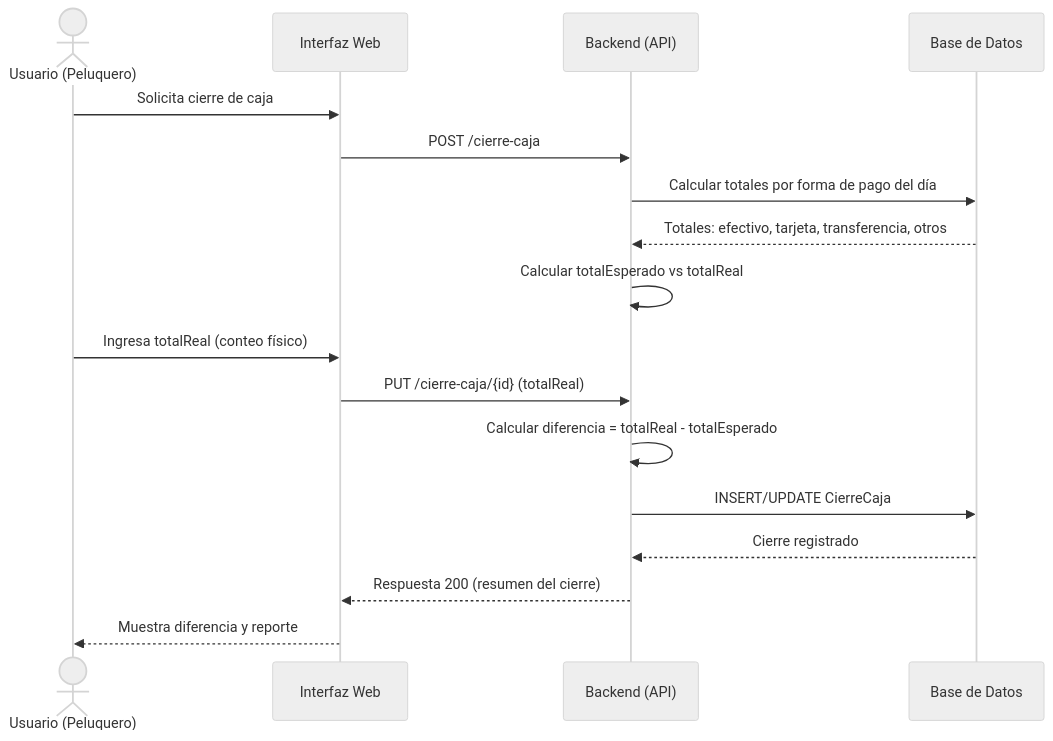
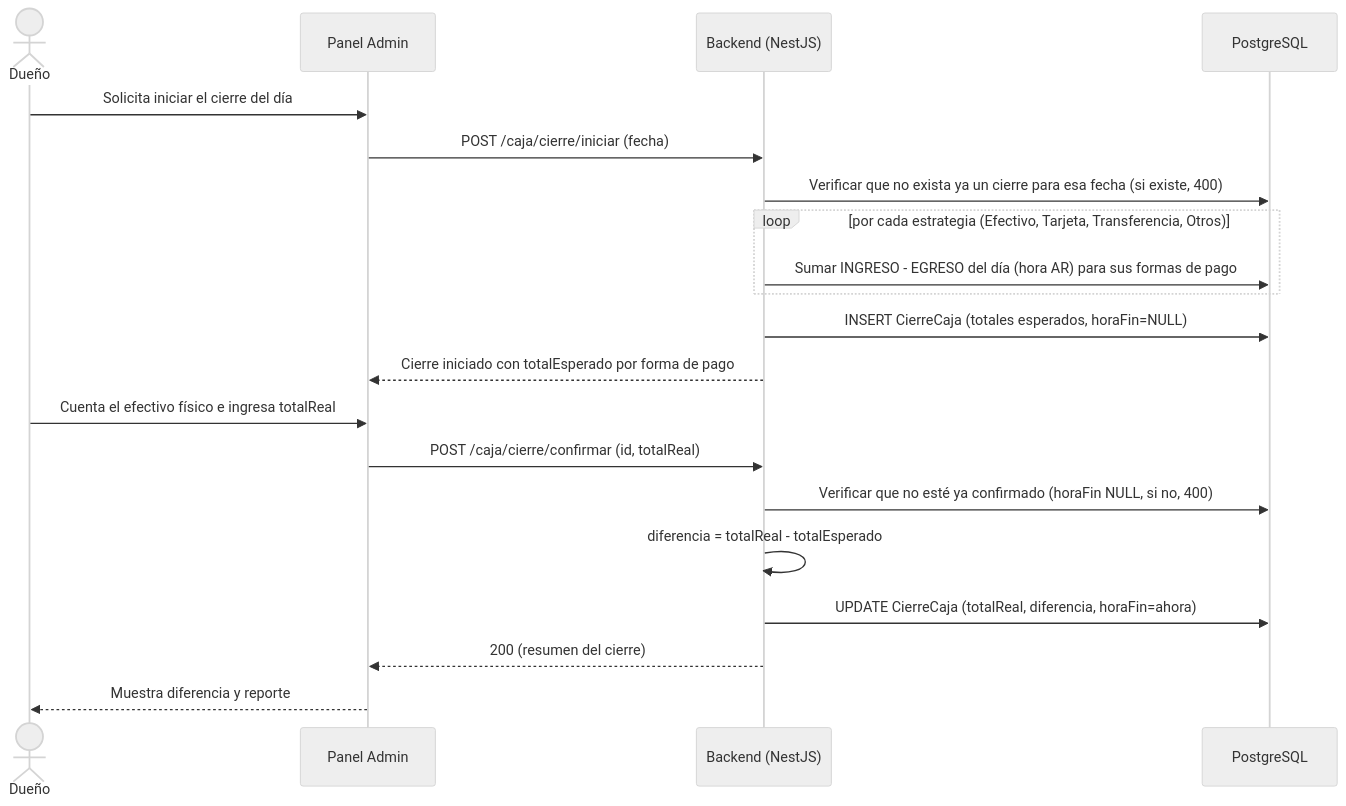
One commit to Lean-98/generic-barber changed the seventh of 13 diagrams in diagramas-arquitectura-software/diagramas-procesos.md. Above: the diagram before and after it, drawn with Mermaid (neutral theme). The commit also changed other lines of this file and 9 other files, not shown here.

````diff
--- a/diagramas-arquitectura-software/diagramas-procesos.md
+++ b/diagramas-arquitectura-software/diagramas-procesos.md
@@ -81,20 +213,23 @@
 ```mermaid
 sequenceDiagram
-    actor Usuario as Usuario (Peluquero)
-    participant UI as Interfaz Web
-    participant API as Backend (API)
-    participant DB as Base de Datos
+    actor Dueño
+    participant UI as Panel Admin
+    participant API as Backend (NestJS)
+    participant DB as PostgreSQL
 
-    Usuario->>UI: Solicita cierre de caja
-    UI->>API: POST /cierre-caja
-    API->>DB: Calcular totales por forma de pago del día
-    DB-->>API: Totales: efectivo, tarjeta, transferencia, otros
-    API->>API: Calcular totalEsperado vs totalReal
-    Usuario->>UI: Ingresa totalReal (conteo físico)
-    UI->>API: PUT /cierre-caja/{id} (totalReal)
-    API->>API: Calcular diferencia = totalReal - totalEsperado
-    API->>DB: INSERT/UPDATE CierreCaja
-    DB-->>API: Cierre registrado
-    API-->>UI: Respuesta 200 (resumen del cierre)
-    UI-->>Usuario: Muestra diferencia y reporte
+    Dueño->>UI: Solicita iniciar el cierre del día
+    UI->>API: POST /caja/cierre/iniciar (fecha)
+    API->>DB: Verificar que no exista ya un cierre para esa fecha (si existe, 400)
+    loop por cada estrategia (Efectivo, Tarjeta, Transferencia, Otros)
+        API->>DB: Sumar INGRESO - EGRESO del día (hora AR) para sus formas de pago
+    end
+    API->>DB: INSERT CierreCaja (totales esperados, horaFin=NULL)
+    API-->>UI: Cierre iniciado con totalEsperado por forma de pago
+    Dueño->>UI: Cuenta el efectivo físico e ingresa totalReal
+    UI->>API: POST /caja/cierre/confirmar (id, totalReal)
+    API->>DB: Verificar que no esté ya confirmado (horaFin NULL, si no, 400)
+    API->>API: diferencia = totalReal - totalEsperado
+    API->>DB: UPDATE CierreCaja (totalReal, diferencia, horaFin=ahora)
+    API-->>UI: 200 (resumen del cierre)
+    UI-->>Dueño: Muestra diferencia y reporte
 ```
````
